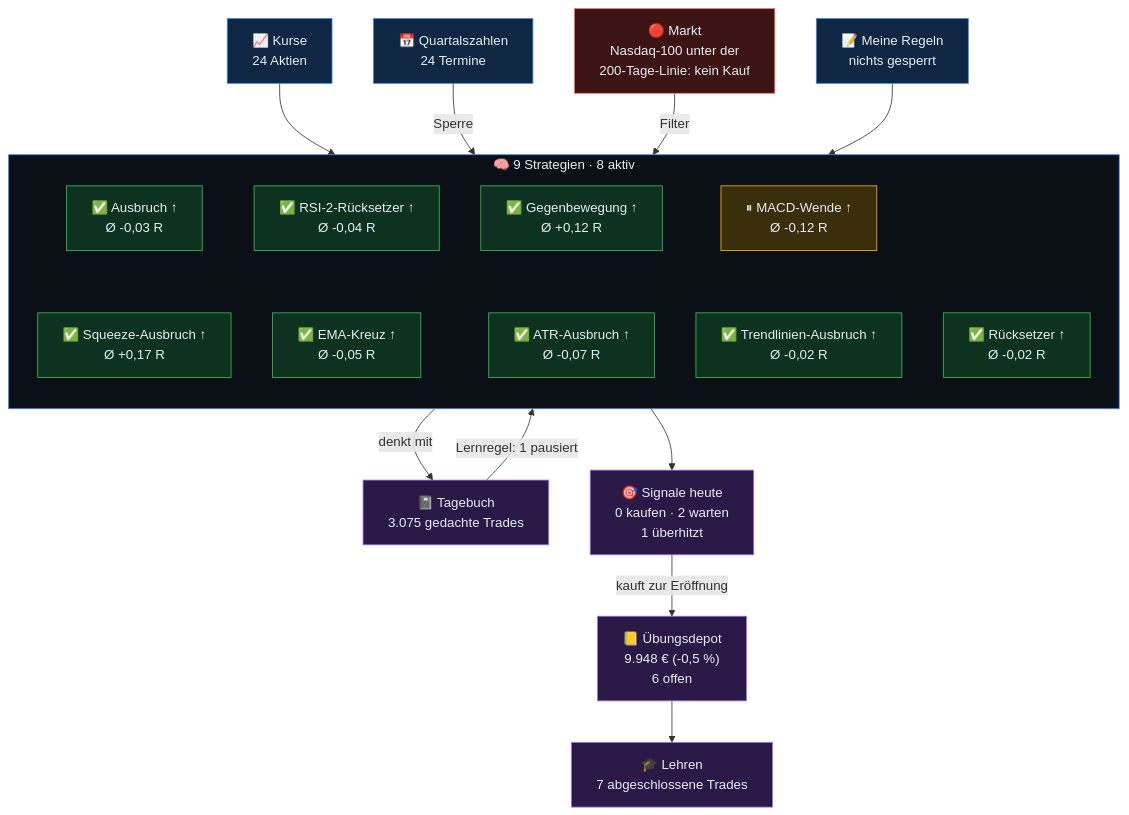
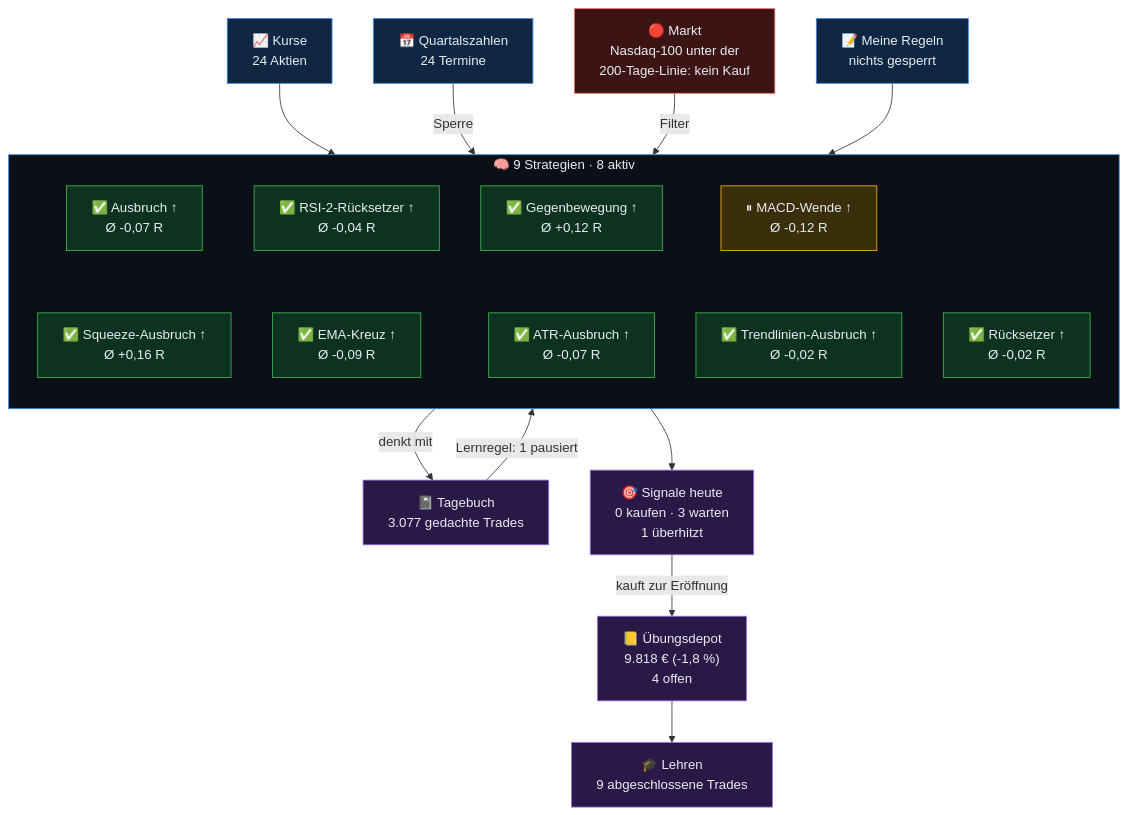
One commit to sickingmalte-arch/Test-Bot changed the diagram in gehirn/Start.md. Above: the diagram before and after it, drawn with Mermaid. The commit also changed other lines of this file and 38 other files, not shown here.

````diff
--- a/gehirn/Start.md
+++ b/gehirn/Start.md
@@ -9,48 +9,48 @@
 ```mermaid
 flowchart TB
   kurse["📈 Kurse<br/>24 Aktien"]
   termine["📅 Quartalszahlen<br/>24 Termine"]
   markt["🔴 Markt<br/>Nasdaq-100 unter der<br/>200-Tage-Linie: kein Kauf"]
   regeln["📝 Meine Regeln<br/>nichts gesperrt"]
   subgraph KERN["🧠 9 Strategien · 8 aktiv"]
     direction TB
-    s0["✅ Ausbruch ↑<br/>Ø -0,03 R"]
+    s0["✅ Ausbruch ↑<br/>Ø -0,07 R"]
     s1["✅ RSI-2-Rücksetzer ↑<br/>Ø -0,04 R"]
     s2["✅ Gegenbewegung ↑<br/>Ø +0,12 R"]
     s3["⏸ MACD-Wende ↑<br/>Ø -0,12 R"]
     s4["✅ Rücksetzer ↑<br/>Ø -0,02 R"]
-    s5["✅ Squeeze-Ausbruch ↑<br/>Ø +0,17 R"]
-    s6["✅ EMA-Kreuz ↑<br/>Ø -0,05 R"]
+    s5["✅ Squeeze-Ausbruch ↑<br/>Ø +0,16 R"]
+    s6["✅ EMA-Kreuz ↑<br/>Ø -0,09 R"]
     s7["✅ ATR-Ausbruch ↑<br/>Ø -0,07 R"]
     s8["✅ Trendlinien-Ausbruch ↑<br/>Ø -0,02 R"]
     s0 ~~~ s5
     s1 ~~~ s6
     s2 ~~~ s7
     s3 ~~~ s8
   end
-  tb["📓 Tagebuch<br/>3.075 gedachte Trades"]
-  sig["🎯 Signale heute<br/>0 kaufen · 2 warten<br/>1 überhitzt"]
-  depot["📒 Übungsdepot<br/>9.948 € (-0,5 %)<br/>6 offen"]
-  lehren["🎓 Lehren<br/>7 abgeschlossene Trades"]
+  tb["📓 Tagebuch<br/>3.077 gedachte Trades"]
+  sig["🎯 Signale heute<br/>0 kaufen · 3 warten<br/>1 überhitzt"]
+  depot["📒 Übungsdepot<br/>9.818 € (-1,8 %)<br/>4 offen"]
+  lehren["🎓 Lehren<br/>9 abgeschlossene Trades"]
   kurse --> KERN
   termine -->|Sperre| KERN
   markt -->|Filter| KERN
   regeln --> KERN
   KERN -->|denkt mit| tb
   tb -->|Lernregel: 1 pausiert| KERN
   KERN --> sig
   sig -->|kauft zur Eröffnung| depot
   depot --> lehren
   classDef ein fill:#0f2742,stroke:#3987e5,color:#e6edf3
   classDef rot fill:#3d1414,stroke:#f47067,color:#e6edf3
   classDef aktiv fill:#0d3320,stroke:#3fb950,color:#e6edf3
   classDef pausiert fill:#3b2e0a,stroke:#fab219,color:#e6edf3
   classDef aus fill:#22272e,stroke:#6e7681,color:#9ba7b4
   classDef aus2 fill:#2a1846,stroke:#a371f7,color:#e6edf3
   class kurse,termine,regeln ein
   class markt rot
   class tb,sig,depot,lehren aus2
   class s0,s1,s2,s4,s5,s6,s7,s8 aktiv
   class s3 pausiert
   style KERN fill:#0b1016,stroke:#3987e5,color:#e6edf3
 ```
````
